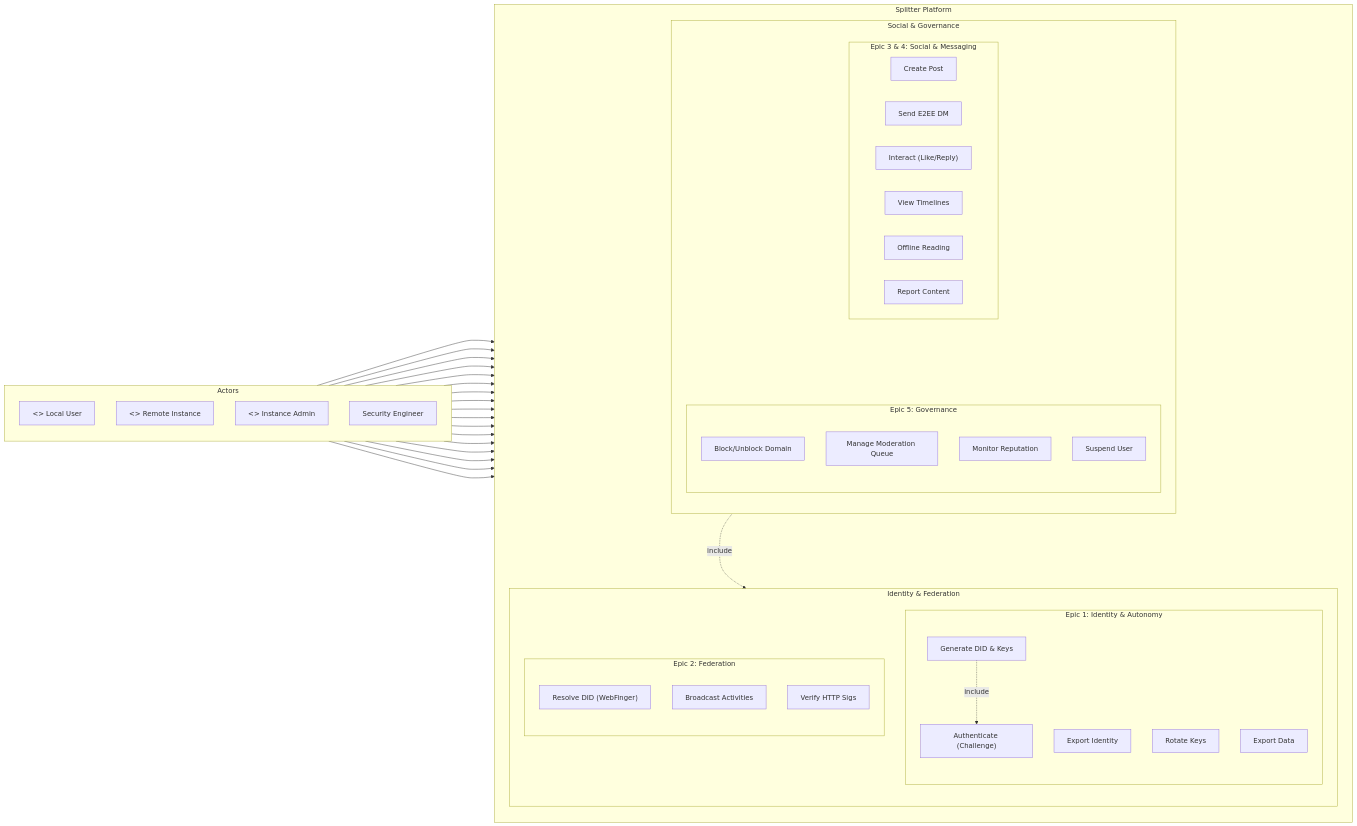
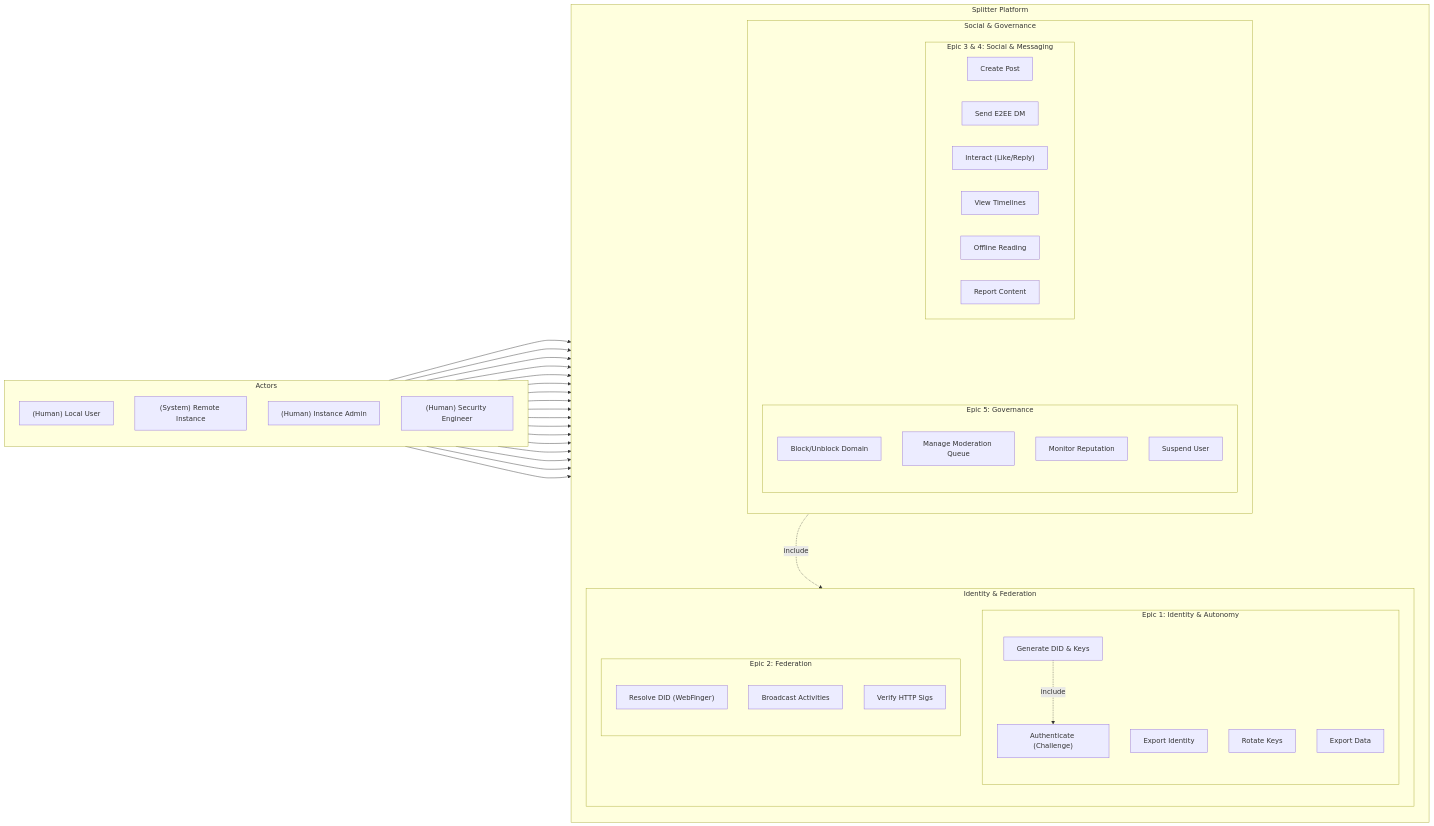
One commit to EliteGamer007/splitter changed the diagram in diagrams/usecase-diagram.md. Above: the diagram before and after it, drawn with Mermaid.

Commit message:
fix: corrected actor stereotypes in use case diagram for visibility

```diff
--- a/diagrams/usecase-diagram.md
+++ b/diagrams/usecase-diagram.md
@@ -6,10 +6,10 @@
 flowchart LR
     subgraph Actors ["Actors"]
         direction TB
-        U["<<Human>> Local User"]
-        RI["<<System>> Remote Instance"]
-        A["<<Human>> Instance Admin"]
-        SE["Security Engineer"]
+        U["(Human) Local User"]
+        RI["(System) Remote Instance"]
+        A["(Human) Instance Admin"]
+        SE["(Human) Security Engineer"]
     end
 
     subgraph Splitter ["Splitter Platform"]
```
